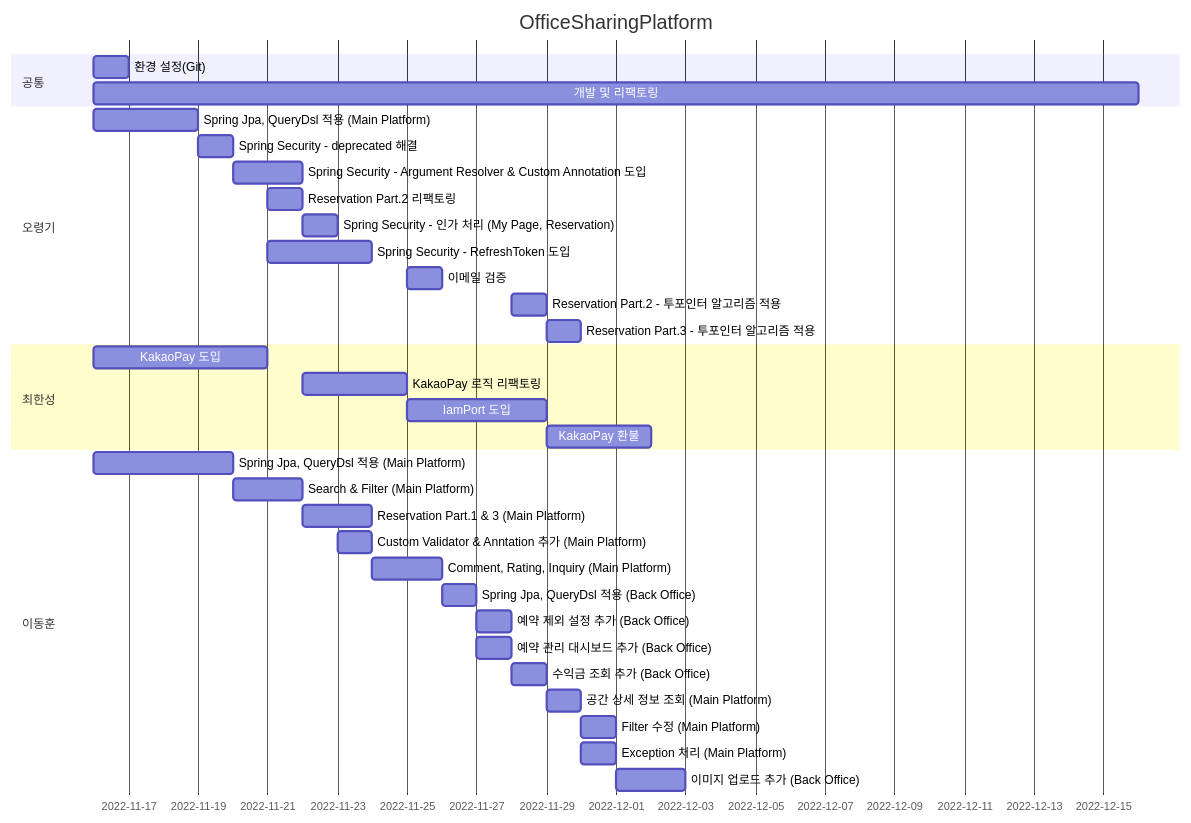
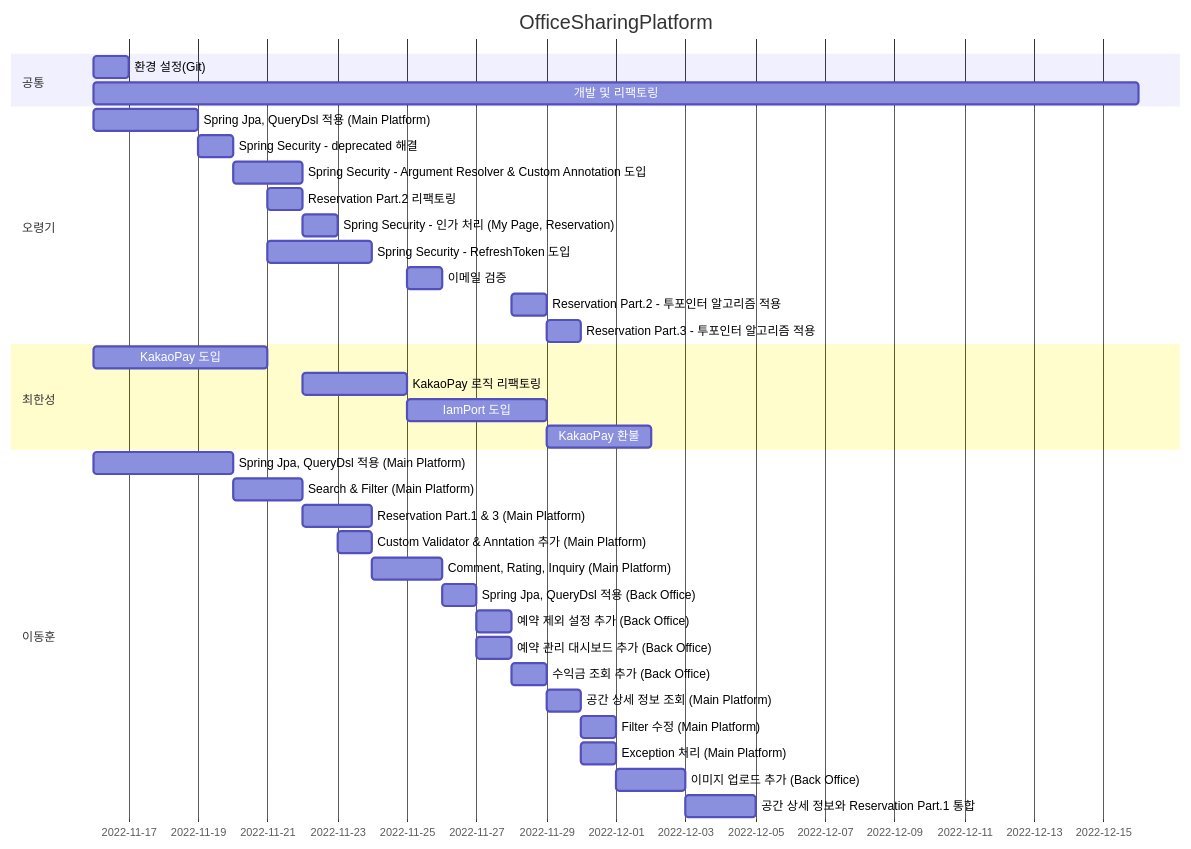
The diagram in README.md (Hell-O-Demon-World/PlaceSharingPlatformBETest), drawn with Mermaid before and after one commit. The commit also changed 2 other files, not shown here.

````diff
--- a/README.md
+++ b/README.md
@@ -11,43 +11,44 @@
 ```mermaid
 gantt
 dateFormat MM-DD
 title OfficeSharingPlatform
 
     section 공통
     환경 설정(Git)             :chap1, 11-16, 1d
     개발 및 리팩토링             :chap2, 11-16, 12-16
 
     section 오령기
     Spring Jpa, QueryDsl 적용 (Main Platform)                     : chap1, 11-16, 3d
     Spring Security - deprecated 해결                             : chap2, 11-19, 1d
     Spring Security - Argument Resolver & Custom Annotation 도입  : chap3, 11-20, 2d
     Reservation Part.2 리팩토링                                    : chap4, 11-21, 1d
     Spring Security -  인가 처리 (My Page, Reservation)            : chap5, 11-22, 1d
     Spring Security - RefreshToken 도입                           : chap6, 11-21, 3d
     이메일 검증                                                     : chap7, 11-25, 1d
     Reservation Part.2 - 투포인터 알고리즘 적용                        : chap8, 11-28, 1d
     Reservation Part.3 - 투포인터 알고리즘 적용                        : chap8, 11-29, 1d
 
     section 최한성
     KakaoPay 도입        : chap1, 11-16, 5d
     KakaoPay 로직 리팩토링 : chap2, 11-22, 3d
     IamPort 도입         : chap3, 11-25, 4d
     KakaoPay 환불        : chap4, 11-29, 3d
     
     section 이동훈
     Spring Jpa, QueryDsl 적용 (Main Platform)         : chap1, 11-16, 4d
     Search & Filter (Main Platform)                  : chap2, 11-20, 2d
     Reservation Part.1 & 3 (Main Platform)           : chap3, 11-22, 2d
     Custom Validator & Anntation 추가 (Main Platform) : chap4, 11-23, 1d
     Comment, Rating, Inquiry (Main Platform)         : chap5, 11-24, 2d
     Spring Jpa, QueryDsl 적용 (Back Office)           : chap6, 11-26, 1d
     예약 제외 설정 추가 (Back Office)                     : chap7, 11-27, 1d
     예약 관리 대시보드 추가 (Back Office)                  : chap8, 11-27, 1d
     수익금 조회 추가 (Back Office)                       : chap9, 11-28, 1d
     공간 상세 정보 조회 (Main Platform)                   : chap10, 11-29, 1d
     Filter 수정 (Main Platform)                       : chap11, 11-30, 1d
     Exception 처리 (Main Platform)                    : chap12, 11-30, 1d
     이미지 업로드 추가 (Back Office)                      : chap13, 12-01, 2d
+    공간 상세 정보와 Reservation Part.1 통합               : chap14, 12-03, 2d
 
 
 ```
````
